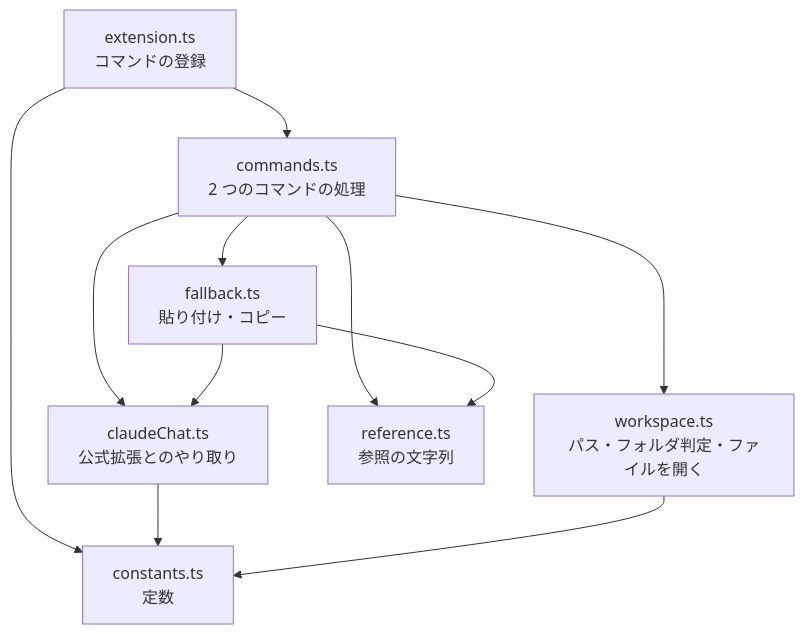
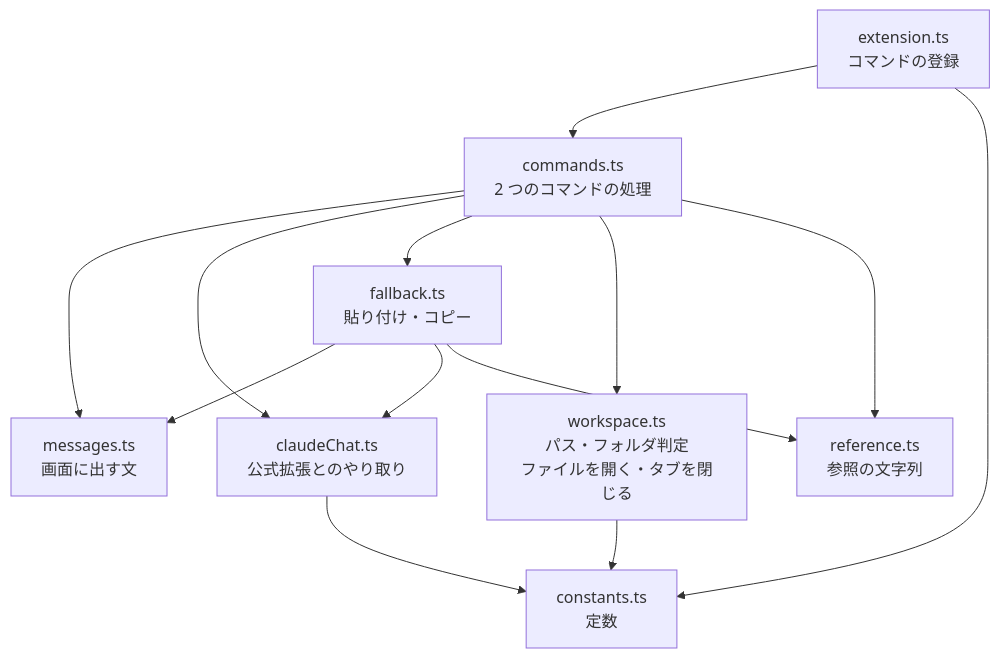
One commit to kip2/refs-to-chat changed the third of 7 diagrams in docs/ARCHITECTURE.md. Above: the diagram before and after it, drawn with Mermaid. The commit also changed other lines of this file and 17 other files, not shown here.

````diff
--- a/docs/ARCHITECTURE.md
+++ b/docs/ARCHITECTURE.md
@@ -127,13 +129,15 @@
 ```mermaid
 flowchart TD
   EXT["extension.ts<br/>コマンドの登録"] --> CMD["commands.ts<br/>2 つのコマンドの処理"]
   EXT --> CONST["constants.ts<br/>定数"]
+  CMD --> MSG["messages.ts<br/>画面に出す文"]
+  FB --> MSG
   CMD --> CHAT["claudeChat.ts<br/>公式拡張とのやり取り"]
   CMD --> FB["fallback.ts<br/>貼り付け・コピー"]
-  CMD --> WS["workspace.ts<br/>パス・フォルダ判定・ファイルを開く"]
+  CMD --> WS["workspace.ts<br/>パス・フォルダ判定<br/>ファイルを開く・タブを閉じる"]
   CMD --> REF["reference.ts<br/>参照の文字列"]
   FB --> CHAT
   FB --> REF
   CHAT --> CONST
   WS --> CONST
 ```
````
